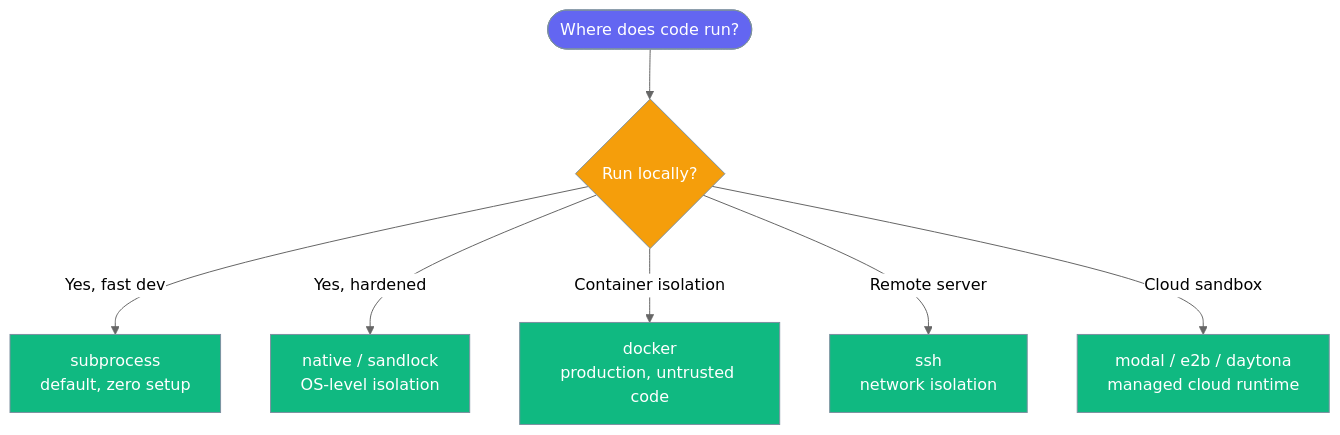
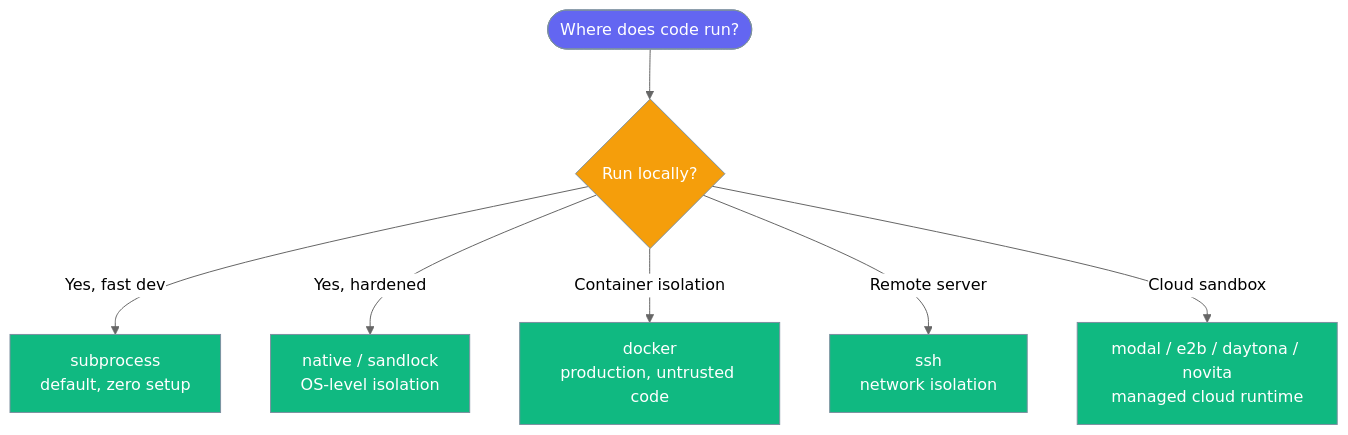
The third of 6 diagrams in docs/features/sandbox-backends.mdx (MervinPraison/PraisonAIDocs), drawn with Mermaid (neutral theme) before and after one commit. The commit also changed other lines of this file and 9 other files, not shown here.

Commit message:
docs: add Novita cloud sandbox backend to sandbox pages (fixes #2804)

````diff
--- a/docs/features/sandbox-backends.mdx
+++ b/docs/features/sandbox-backends.mdx
@@ -130,17 +130,17 @@
 ```mermaid
 graph TB
     Start([Where does code run?]) --> Q1{Run locally?}
     Q1 -->|Yes, fast dev| A[subprocess<br/>default, zero setup]
     Q1 -->|Yes, hardened| B[native / sandlock<br/>OS-level isolation]
     Q1 -->|Container isolation| C[docker<br/>production, untrusted code]
     Q1 -->|Remote server| D[ssh<br/>network isolation]
-    Q1 -->|Cloud sandbox| E[modal / e2b / daytona<br/>managed cloud runtime]
+    Q1 -->|Cloud sandbox| E[modal / e2b / daytona / novita<br/>managed cloud runtime]
 
     classDef start fill:#6366F1,stroke:#7C90A0,color:#fff
     classDef question fill:#F59E0B,stroke:#7C90A0,color:#fff
     classDef answer fill:#10B981,stroke:#7C90A0,color:#fff
 
     class Start start
     class Q1 question
     class A,B,C,D,E answer
 ```
````
